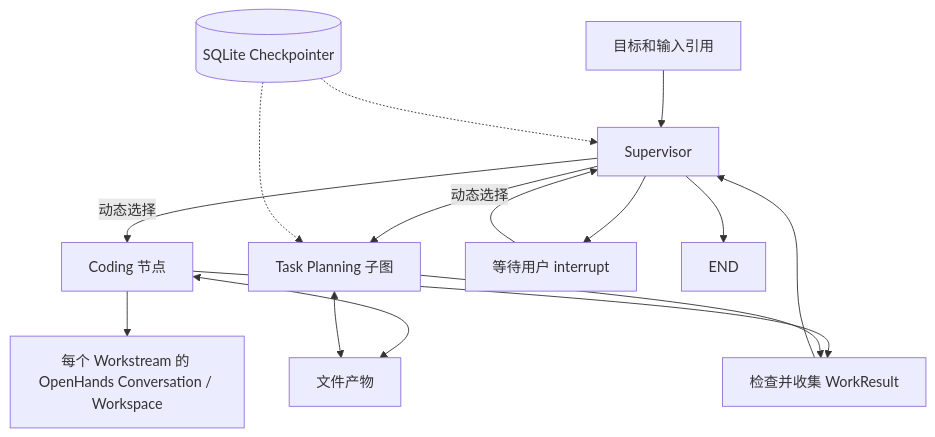
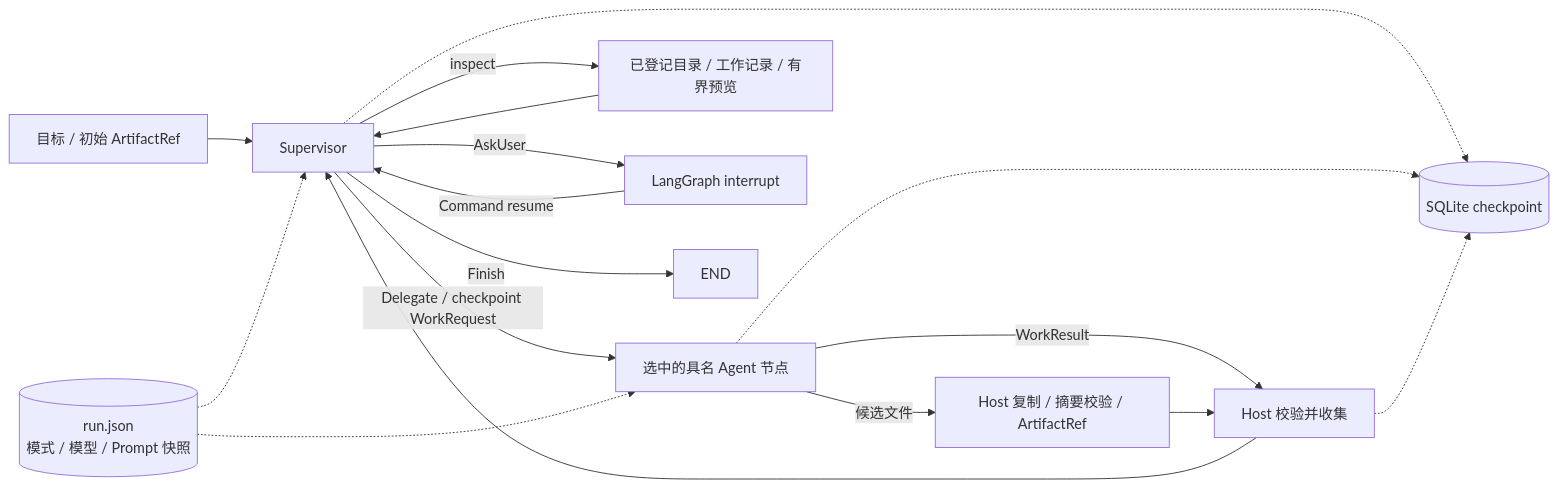
Before and after one commit to fly233338/MedBenchAgent: the second of 3 diagrams in docs/ARCHITECTURE.md, drawn with Mermaid. The commit also changed other lines of this file and 3 other files, not shown here.

Commit message:
docs: map compilation architecture and ownership boundaries

````diff
--- a/docs/ARCHITECTURE.md
+++ b/docs/ARCHITECTURE.md
@@ -20,17 +62,19 @@
 ```mermaid
-flowchart TD
-    U[目标和输入引用] --> S[Supervisor]
-    S -->|动态选择| C[Coding 节点]
-    S -->|动态选择| P[Task Planning 子图]
-    C --> R[检查并收集 WorkResult]
-    P --> R
-    R --> S
-    S --> H[等待用户 interrupt]
-    H --> S
-    S --> E[END]
-    C <--> A[文件产物]
-    P <--> A
-    C --> O[每个 Workstream 的 OpenHands Conversation / Workspace]
-    K[(SQLite Checkpointer)] -.-> S
-    K -.-> P
+flowchart LR
+    Input[目标 / 初始 ArtifactRef] --> S[Supervisor]
+    S -->|Delegate / checkpoint WorkRequest| A[选中的具名 Agent 节点]
+    A -->|WorkResult| Collect[Host 校验并收集]
+    Collect --> S
+    S -->|inspect| Read[已登记目录 / 工作记录 / 有界预览]
+    Read --> S
+    S -->|AskUser| Pause[LangGraph interrupt]
+    Pause -->|Command resume| S
+    S -->|Finish| End[END]
+    A -->|候选文件| Files[Host 复制 / 摘要校验 / ArtifactRef]
+    Files --> Collect
+    S -.-> Checkpoint[(SQLite checkpoint)]
+    A -.-> Checkpoint
+    Collect -.-> Checkpoint
+    Frozen[(run.json<br/>模式 / 模型 / Prompt 快照)] -.-> S
+    Frozen -.-> A
 ```
````
